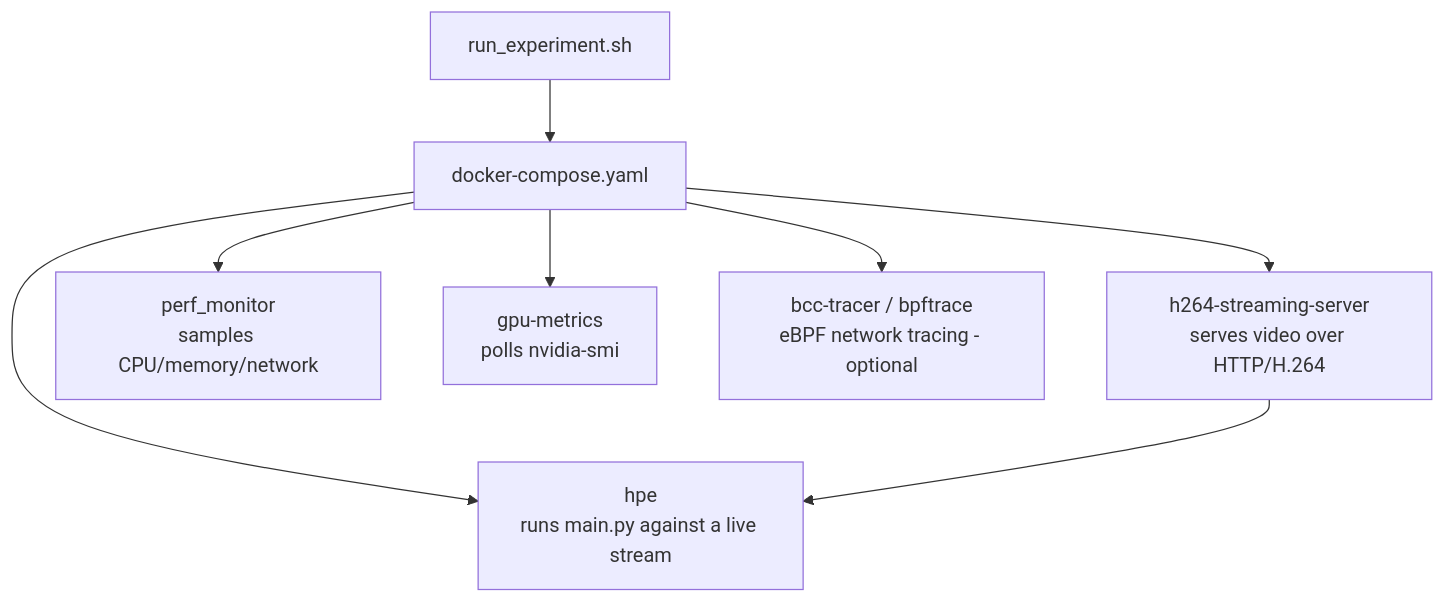
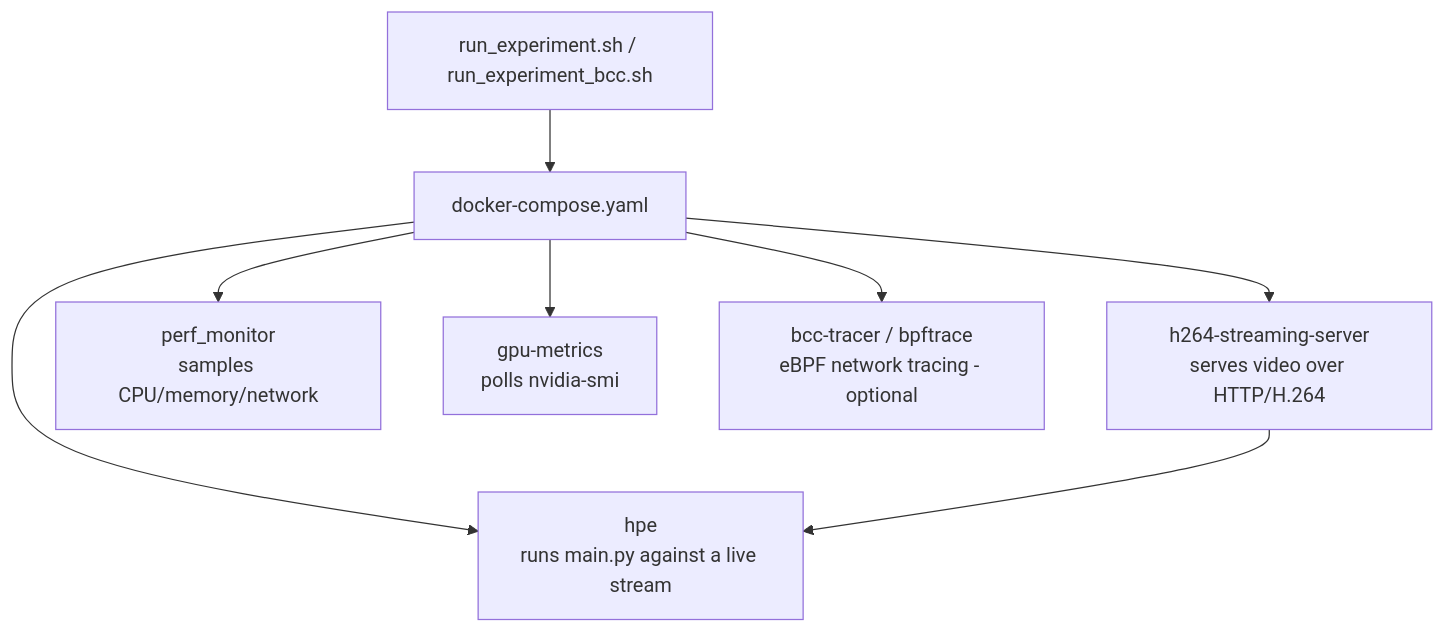
One commit to Fogus-Gr/MeasurementsDTs changed the diagram in README.md. Above: the diagram before and after it, drawn with Mermaid. The commit also changed other lines of this file and 10 other files, not shown here.

````diff
--- a/README.md
+++ b/README.md
@@ -248,10 +248,10 @@
 ```mermaid
 graph TD
-    A[run_experiment.sh] --> B[docker-compose.yaml]
+    A[run_experiment.sh / run_experiment_bcc.sh] --> B[docker-compose.yaml]
     B --> C[hpe\nruns main.py against a live stream]
     B --> D[h264-streaming-server\nserves video over HTTP/H.264]
     B --> E[perf_monitor\nsamples CPU/memory/network]
     B --> F[gpu-metrics\npolls nvidia-smi]
     B --> G[bcc-tracer / bpftrace\neBPF network tracing - optional]
     D --> C
 ```
````
